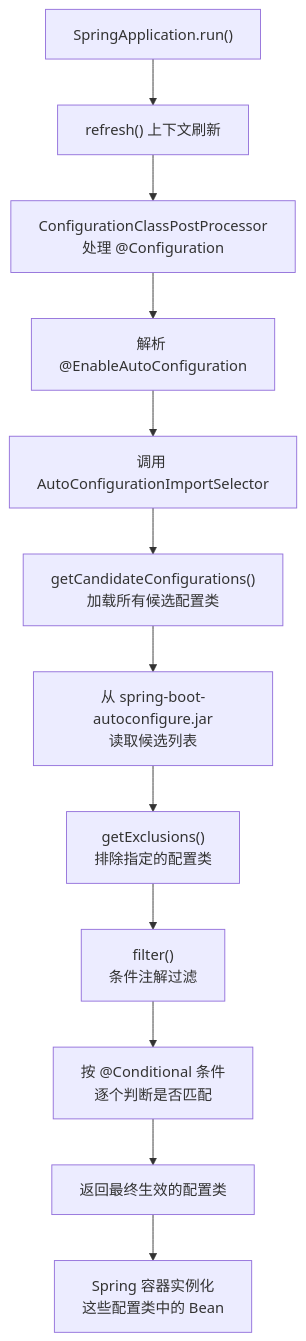
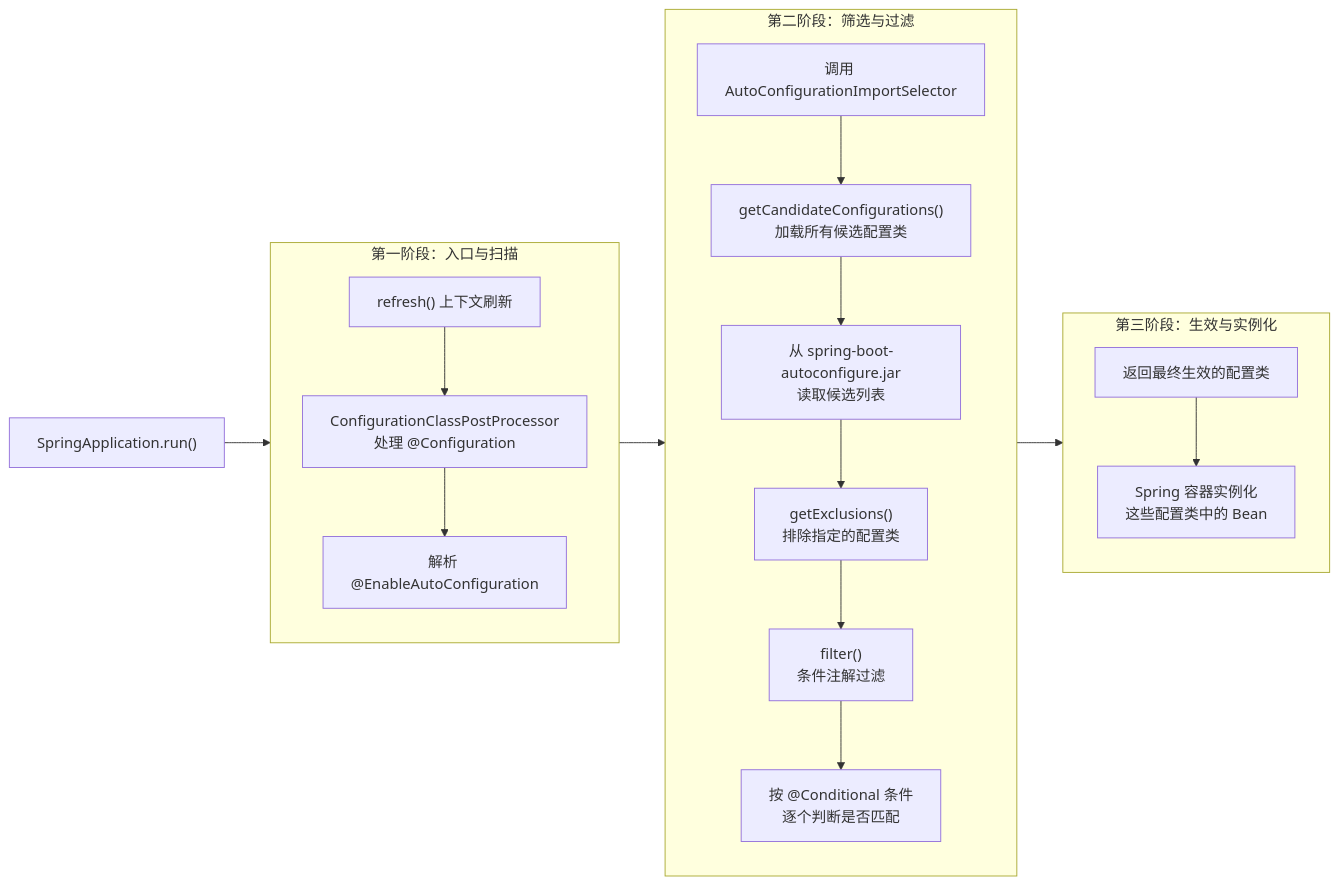
The second of 6 diagrams in docs/writings/Spring/springboot-01-autoconfigure.md (gelald/javrin), drawn with Mermaid before and after one commit. The commit also changed 2 other files, not shown here.

Commit message:
docs(Spring): SpringBoot 内嵌容器笔记

````diff
--- a/docs/writings/Spring/springboot-01-autoconfigure.md
+++ b/docs/writings/Spring/springboot-01-autoconfigure.md
@@ -128,14 +128,34 @@
 ```mermaid
-flowchart TB
-    A["SpringApplication.run()"] --> B["refresh() 上下文刷新"]
-    B --> C["ConfigurationClassPostProcessor<br/>处理 @Configuration"]
-    C --> D["解析 @EnableAutoConfiguration"]
-    D --> E["调用 AutoConfigurationImportSelector"]
-    E --> F["getCandidateConfigurations()<br/>加载所有候选配置类"]
-    F --> G["从 spring-boot-autoconfigure.jar<br/>读取候选列表"]
-    G --> H["getExclusions()<br/>排除指定的配置类"]
-    H --> I["filter()<br/>条件注解过滤"]
-    I --> J["按 @Conditional 条件<br/>逐个判断是否匹配"]
-    J --> K["返回最终生效的配置类"]
-    K --> L["Spring 容器实例化<br/>这些配置类中的 Bean"]
+flowchart LR
+    A["SpringApplication.run()"] --> Phase1
+    
+    subgraph Phase1 ["第一阶段：入口与扫描"]
+        direction TB
+        B["refresh() 上下文刷新"]
+        C["ConfigurationClassPostProcessor<br/>处理 @Configuration"]
+        D["解析 @EnableAutoConfiguration"]
+        B --> C --> D
+    end
+    
+    Phase1 --> Phase2
+
+    subgraph Phase2 ["第二阶段：筛选与过滤"]
+        direction TB
+        E["调用 AutoConfigurationImportSelector"]
+        F["getCandidateConfigurations()<br/>加载所有候选配置类"]
+        G["从 spring-boot-autoconfigure.jar<br/>读取候选列表"]
+        H["getExclusions()<br/>排除指定的配置类"]
+        I["filter()<br/>条件注解过滤"]
+        J["按 @Conditional 条件<br/>逐个判断是否匹配"]
+        E --> F --> G --> H --> I --> J
+    end
+
+    Phase2 --> Phase3
+
+    subgraph Phase3 ["第三阶段：生效与实例化"]
+        direction TB
+        K["返回最终生效的配置类"]
+        L["Spring 容器实例化<br/>这些配置类中的 Bean"]
+        K --> L
+    end
 ```
````
